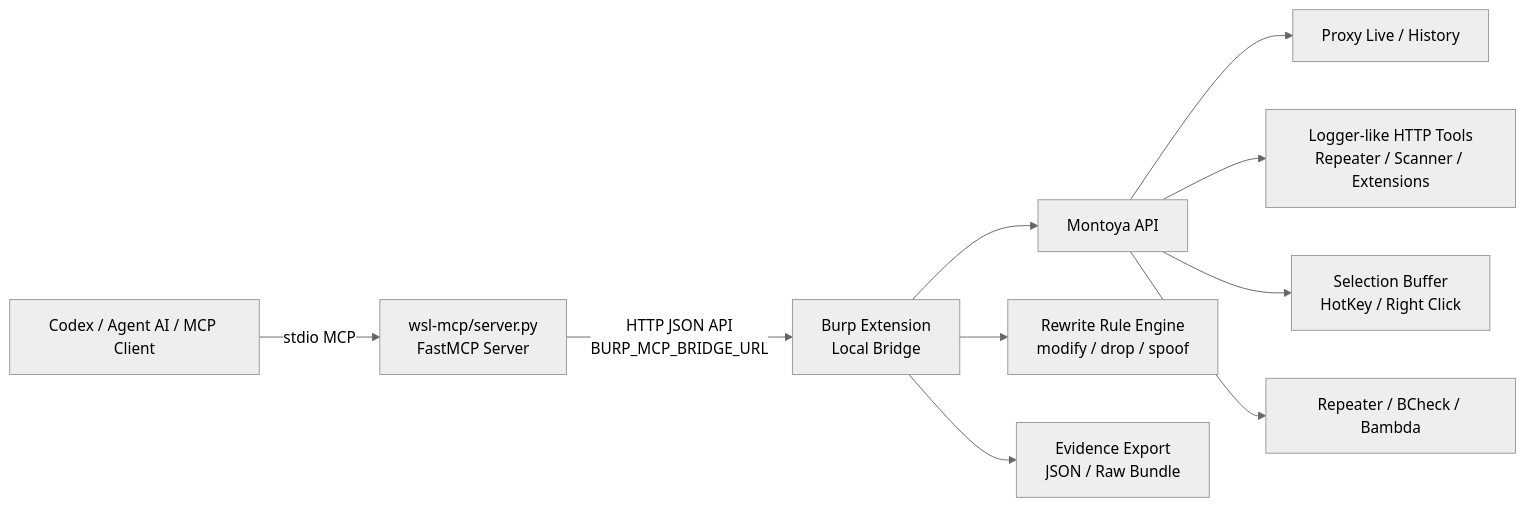
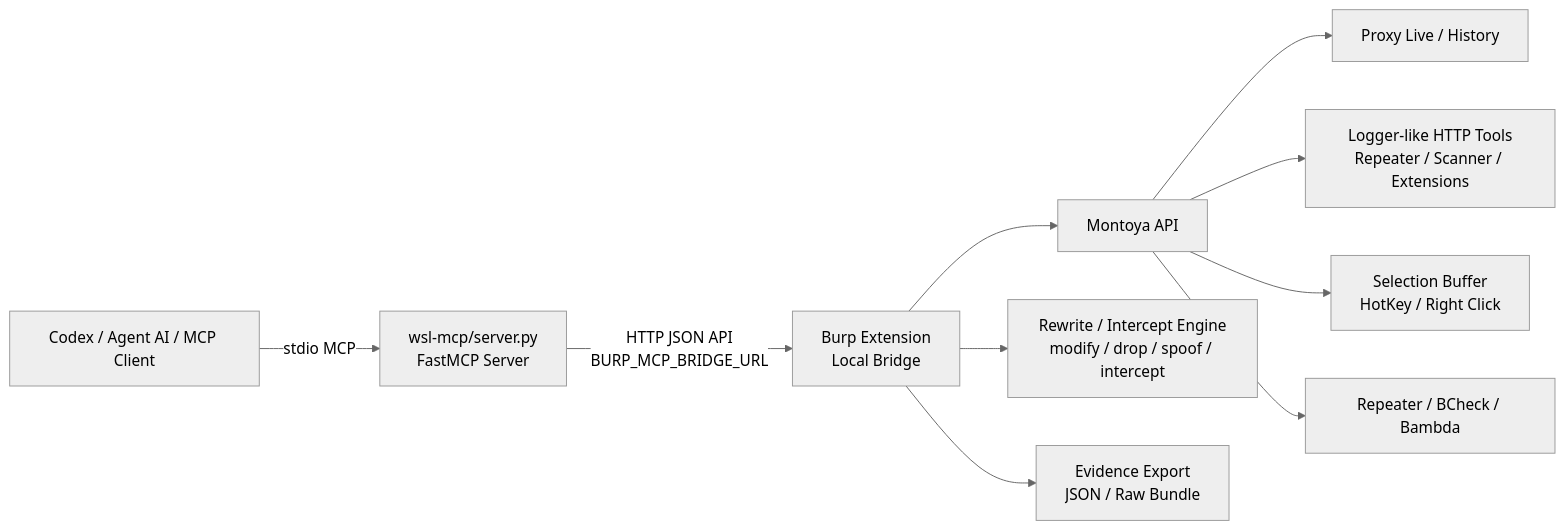
One commit to 6jeffr3y/burpsuite-mcp-bridge changed the first of 2 diagrams in README.md. Above: the diagram before and after it, drawn with Mermaid (neutral theme). The commit also changed other lines of this file and 19 other files, not shown here.

````diff
--- a/README.md
+++ b/README.md
@@ -81,12 +90,12 @@
 ```mermaid
 flowchart LR
   A[Codex / Agent AI / MCP Client] -->|stdio MCP| B[wsl-mcp/server.py<br/>FastMCP Server]
   B -->|HTTP JSON API<br/>BURP_MCP_BRIDGE_URL| C[Burp Extension<br/>Local Bridge]
   C --> D[Montoya API]
   D --> E[Proxy Live / History]
   D --> F[Logger-like HTTP Tools<br/>Repeater / Scanner / Extensions]
   D --> G[Selection Buffer<br/>HotKey / Right Click]
   D --> H[Repeater / BCheck / Bambda]
-  C --> I[Rewrite Rule Engine<br/>modify / drop / spoof]
+  C --> I[Rewrite / Intercept Engine<br/>modify / drop / spoof / intercept]
   C --> J[Evidence Export<br/>JSON / Raw Bundle]
 ```
````
